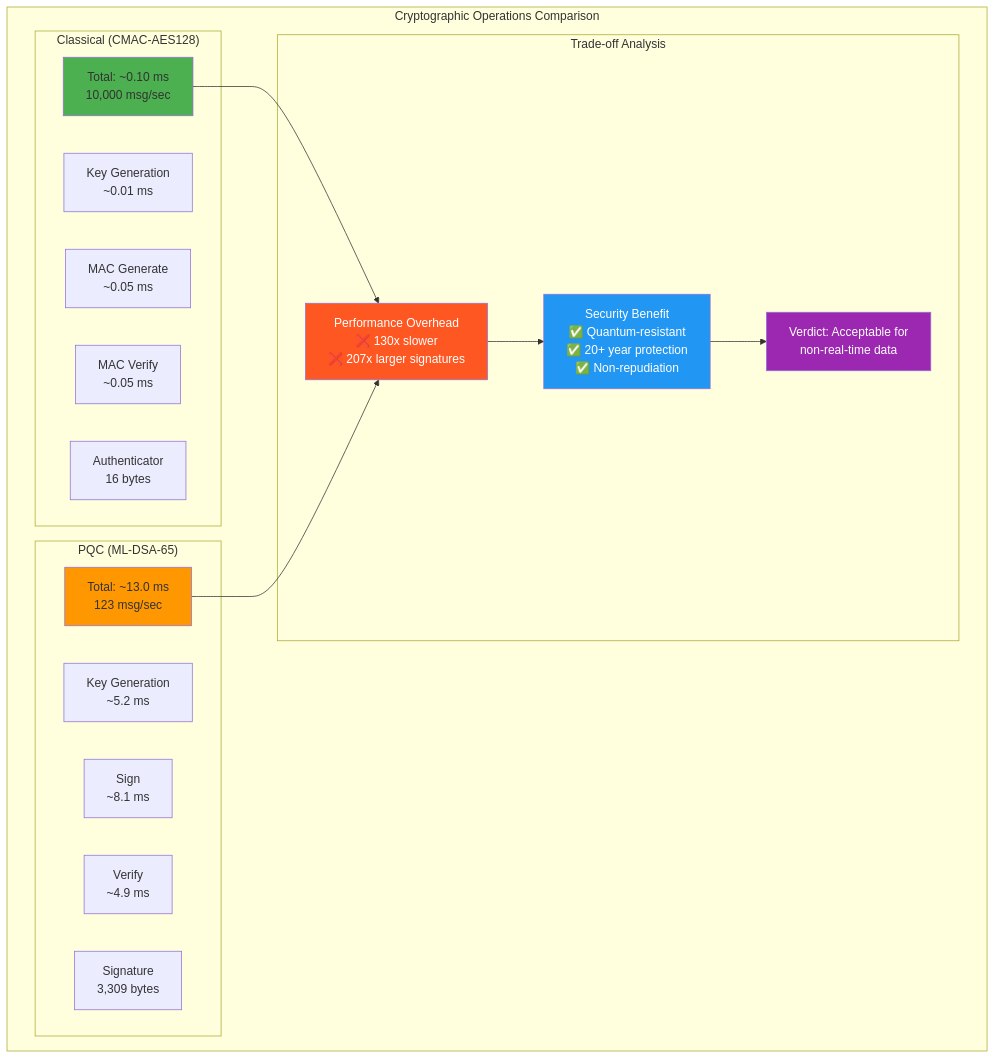
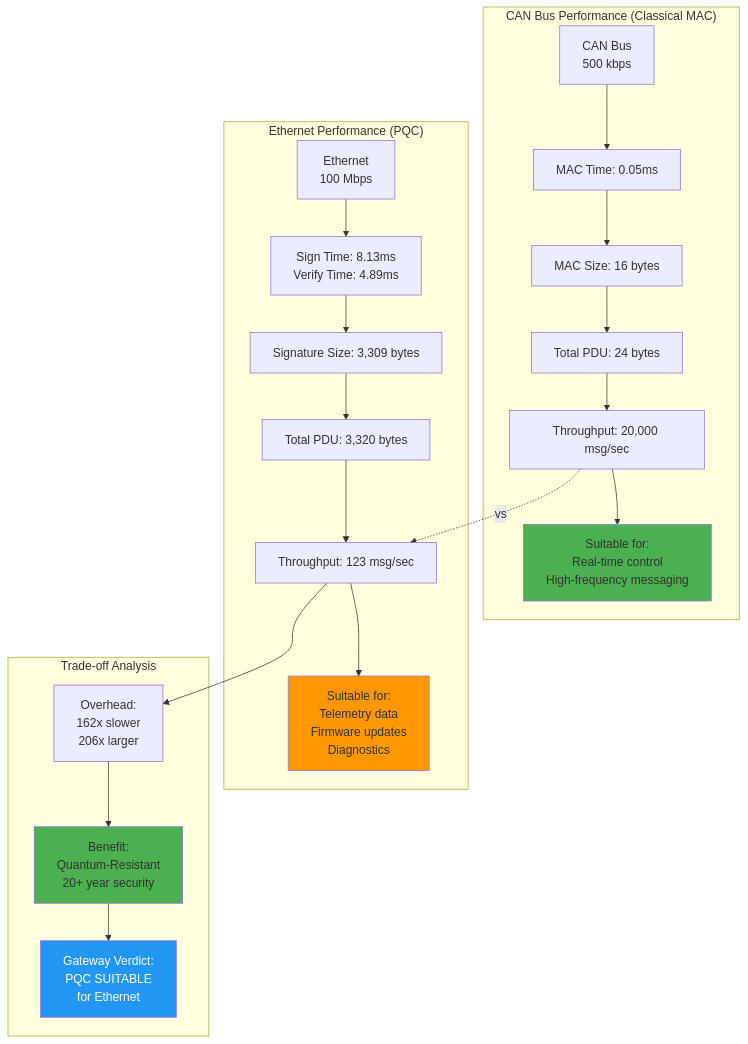
Before and after one commit to longluubao/computer_engineering_project: the ninth of 15 diagrams in Autosar_SecOC/DIAGRAMS.md, drawn with Mermaid. The commit also changed other lines of this file and 41 other files, not shown here.

First line of the commit message:
Update diagrams and documentation for PQC Ethernet gateway

````diff
--- a/Autosar_SecOC/DIAGRAMS.md
+++ b/Autosar_SecOC/DIAGRAMS.md
@@ -495,39 +386,49 @@
 ```mermaid
 graph TB
-    subgraph "Cryptographic Operations Comparison"
-        subgraph "Classical (CMAC-AES128)"
-            CLASS_KEYGEN[Key Generation<br/>~0.01 ms]
-            CLASS_MAC[MAC Generate<br/>~0.05 ms]
-            CLASS_VERIFY[MAC Verify<br/>~0.05 ms]
-            CLASS_SIZE[Authenticator<br/>16 bytes]
+    subgraph "CAN Bus Performance (Classical MAC)"
+        CAN_TITLE[CAN Bus<br/>500 kbps]
+        CAN_MAC_TIME[MAC Time: 0.05ms]
+        CAN_MAC_SIZE[MAC Size: 16 bytes]
+        CAN_TOTAL[Total PDU: 24 bytes]
+        CAN_THROUGHPUT[Throughput: 20,000 msg/sec]
+        CAN_SUITABLE[Suitable for:<br/>Real-time control<br/>High-frequency messaging]
 
-            CLASS_PERF[Total: ~0.10 ms<br/>10,000 msg/sec]
-        end
-
-        subgraph "PQC (ML-DSA-65)"
-            PQC_KEYGEN[Key Generation<br/>~5.2 ms]
-            PQC_SIGN[Sign<br/>~8.1 ms]
-            PQC_VERIFY[Verify<br/>~4.9 ms]
-            PQC_SIZE[Signature<br/>3,309 bytes]
-
-            PQC_PERF[Total: ~13.0 ms<br/>123 msg/sec]
-        end
-
-        subgraph "Trade-off Analysis"
-            OVERHEAD[Performance Overhead<br/>❌ 130x slower<br/>❌ 207x larger signatures]
-            BENEFIT[Security Benefit<br/>✅ Quantum-resistant<br/>✅ 20+ year protection<br/>✅ Non-repudiation]
-            VERDICT[Verdict: Acceptable for<br/>non-real-time data]
-        end
+        CAN_TITLE --> CAN_MAC_TIME
+        CAN_MAC_TIME --> CAN_MAC_SIZE
+        CAN_MAC_SIZE --> CAN_TOTAL
+        CAN_TOTAL --> CAN_THROUGHPUT
+        CAN_THROUGHPUT --> CAN_SUITABLE
     end
 
-    CLASS_PERF --> OVERHEAD
-    PQC_PERF --> OVERHEAD
-    OVERHEAD --> BENEFIT
-    BENEFIT --> VERDICT
+    subgraph "Ethernet Performance (PQC)"
+        ETH_TITLE[Ethernet<br/>100 Mbps]
+        ETH_SIG_TIME[Sign Time: 8.13ms<br/>Verify Time: 4.89ms]
+        ETH_SIG_SIZE[Signature Size: 3,309 bytes]
+        ETH_TOTAL[Total PDU: 3,320 bytes]
+        ETH_THROUGHPUT[Throughput: 123 msg/sec]
+        ETH_SUITABLE[Suitable for:<br/>Telemetry data<br/>Firmware updates<br/>Diagnostics]
 
-    style CLASS_PERF fill:#4caf50
-    style PQC_PERF fill:#ff9800
-    style OVERHEAD fill:#ff5722,color:#fff
-    style BENEFIT fill:#2196f3,color:#fff
-    style VERDICT fill:#9c27b0,color:#fff
+        ETH_TITLE --> ETH_SIG_TIME
+        ETH_SIG_TIME --> ETH_SIG_SIZE
+        ETH_SIG_SIZE --> ETH_TOTAL
+        ETH_TOTAL --> ETH_THROUGHPUT
+        ETH_THROUGHPUT --> ETH_SUITABLE
+    end
+
+    subgraph "Trade-off Analysis"
+        OVERHEAD[Overhead:<br/>162x slower<br/>206x larger]
+        BENEFIT[Benefit:<br/>Quantum-Resistant<br/>20+ year security]
+        VERDICT[Gateway Verdict:<br/>PQC SUITABLE<br/>for Ethernet]
+
+        OVERHEAD --> BENEFIT
+        BENEFIT --> VERDICT
+    end
+
+    CAN_THROUGHPUT -.->|vs| ETH_THROUGHPUT
+    ETH_THROUGHPUT --> OVERHEAD
+
+    style CAN_SUITABLE fill:#4caf50
+    style ETH_SUITABLE fill:#ff9800
+    style VERDICT fill:#2196f3,color:#fff
+    style BENEFIT fill:#4caf50
 ```
````
